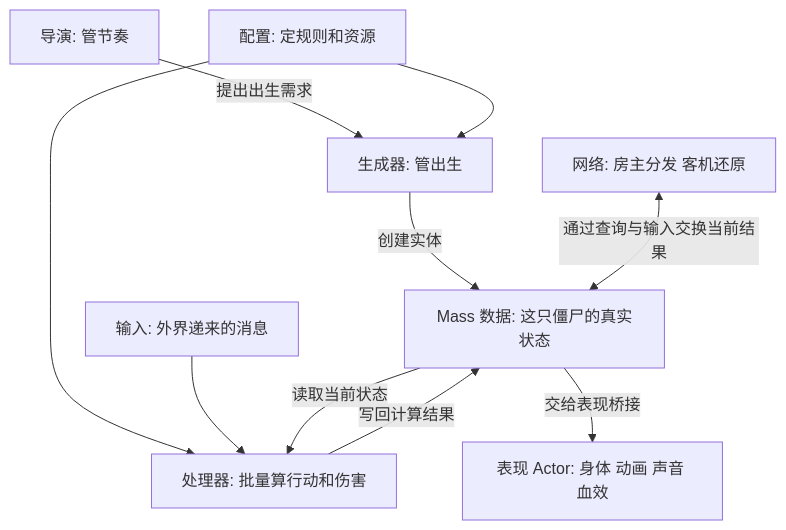
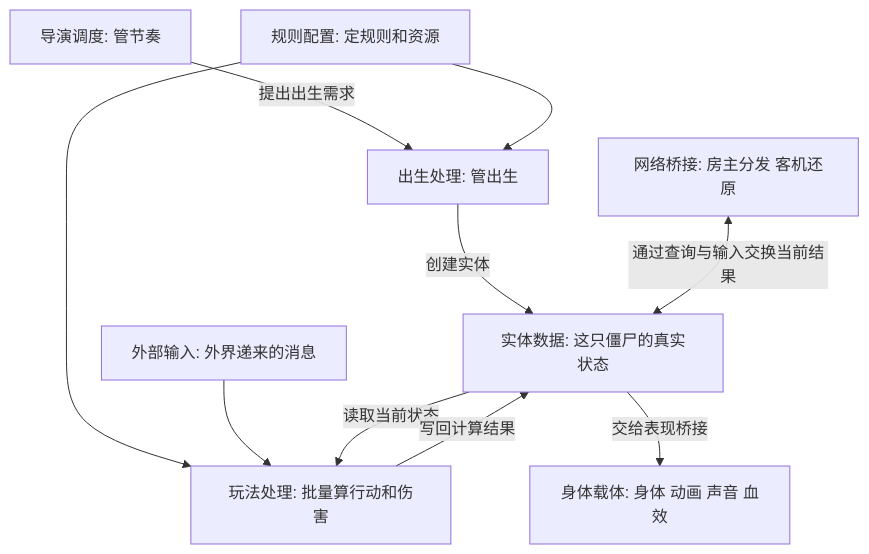
The first of 3 diagrams in Mass/Instance/Monster/Law.md (bunkerboy258/UBBBNexus), drawn with Mermaid before and after one commit. The commit also changed other lines of this file and 1 other file, not shown here.

Commit message:
Map monster and projectile directories to plain Chinese architecture terms

````diff
--- a/Mass/Instance/Monster/Law.md
+++ b/Mass/Instance/Monster/Law.md
@@ -7,12 +43,12 @@
 ```mermaid
 flowchart TD
-    D["导演: 管节奏"] -->|"提出出生需求"| S["生成器: 管出生"]
-    C["配置: 定规则和资源"] --> S
-    S -->|"创建实体"| M["Mass 数据: 这只僵尸的真实状态"]
-    C --> P["处理器: 批量算行动和伤害"]
-    I["输入: 外界递来的消息"] --> P
-    M -->|"读取当前状态"| P
-    P -->|"写回计算结果"| M
-    M -->|"交给表现桥接"| A["表现 Actor: 身体 动画 声音 血效"]
-    N["网络: 房主分发 客机还原"] <-->|"通过查询与输入交换当前结果"| M
+    导演调度["导演调度: 管节奏"] -->|"提出出生需求"| 出生处理["出生处理: 管出生"]
+    规则配置["规则配置: 定规则和资源"] --> 出生处理
+    出生处理 -->|"创建实体"| 实体数据["实体数据: 这只僵尸的真实状态"]
+    规则配置 --> 玩法处理["玩法处理: 批量算行动和伤害"]
+    外部输入["外部输入: 外界递来的消息"] --> 玩法处理
+    实体数据 -->|"读取当前状态"| 玩法处理
+    玩法处理 -->|"写回计算结果"| 实体数据
+    实体数据 -->|"交给表现桥接"| 身体表现["身体载体: 身体 动画 声音 血效"]
+    网络桥接["网络桥接: 房主分发 客机还原"] <-->|"通过查询与输入交换当前结果"| 实体数据
 ```
````
